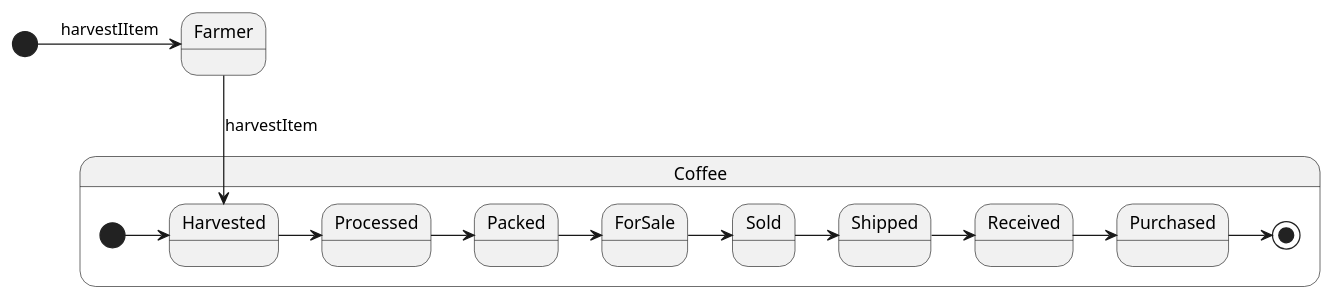
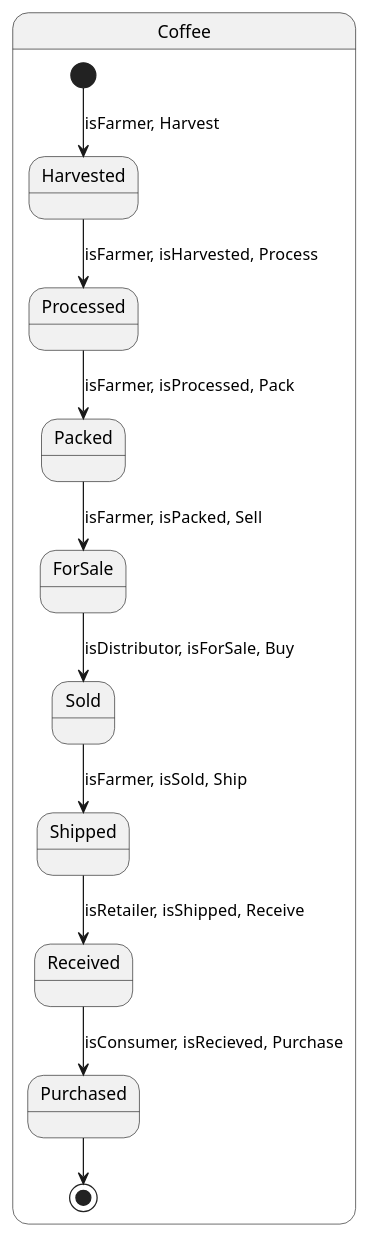
Before and after one commit to StuKozola/Udacity-Supply-Chain-Dapp: the third of 4 diagrams in README.md, drawn with PlantUML. The commit also changed other lines of this file, not shown here.

Commit message:
updated readme with plantuml

````diff
--- a/README.md
+++ b/README.md
@@ -209,18 +220,15 @@
 ```plantuml
 @startuml
 state Coffee {
-    [*] -right->  Harvested
-    Harvested -right-> Processed
-    Processed -right-> Packed
-    Packed -right-> ForSale
-    ForSale -right-> Sold
-    Sold -right-> Shipped
-    Shipped -right-> Received
-    Received -right-> Purchased
-    Purchased -right-> [*]
+    [*] -down->  Harvested: isFarmer, Harvest
+    Harvested -down-> Processed: isFarmer, isHarvested, Process
+    Processed -down-> Packed: isFarmer, isProcessed, Pack
+    Packed -down-> ForSale: isFarmer, isPacked, Sell
+    ForSale -down-> Sold: isDistributor, isForSale, Buy
+    Sold -down-> Shipped: isFarmer, isSold, Ship
+    Shipped -down-> Received: isRetailer, isShipped, Receive
+    Received -down-> Purchased: isConsumer, isRecieved, Purchase
+    Purchased -down-> [*]
 }
-
-[*] -right->Farmer: harvestIItem
-Farmer -down-> Harvested: harvestItem
 @enduml
 ```
````
